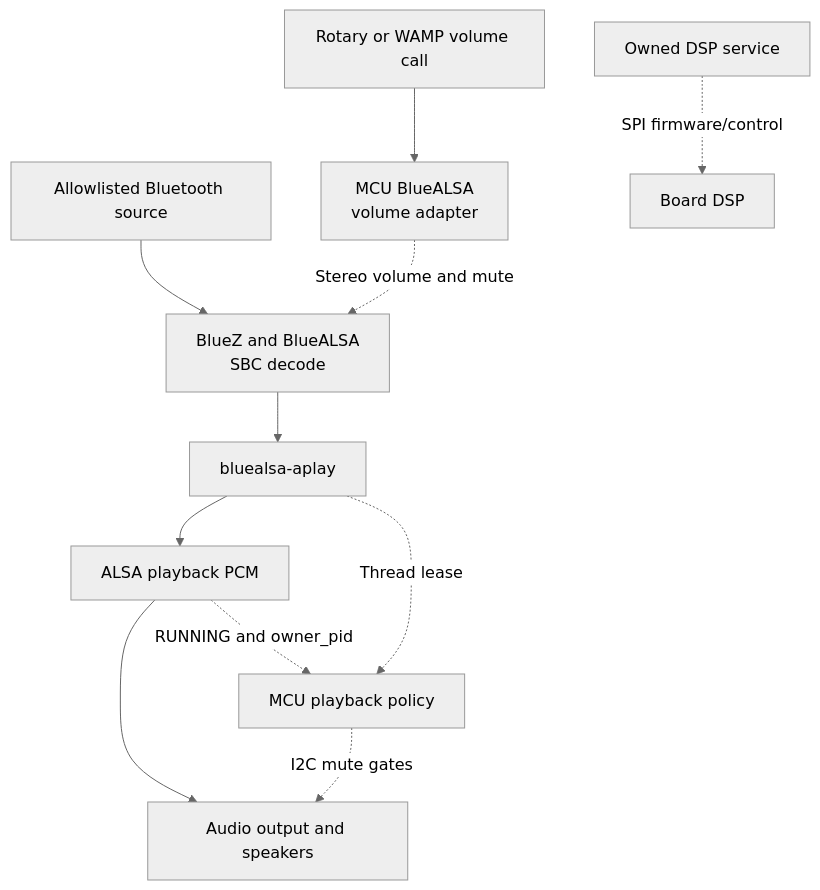
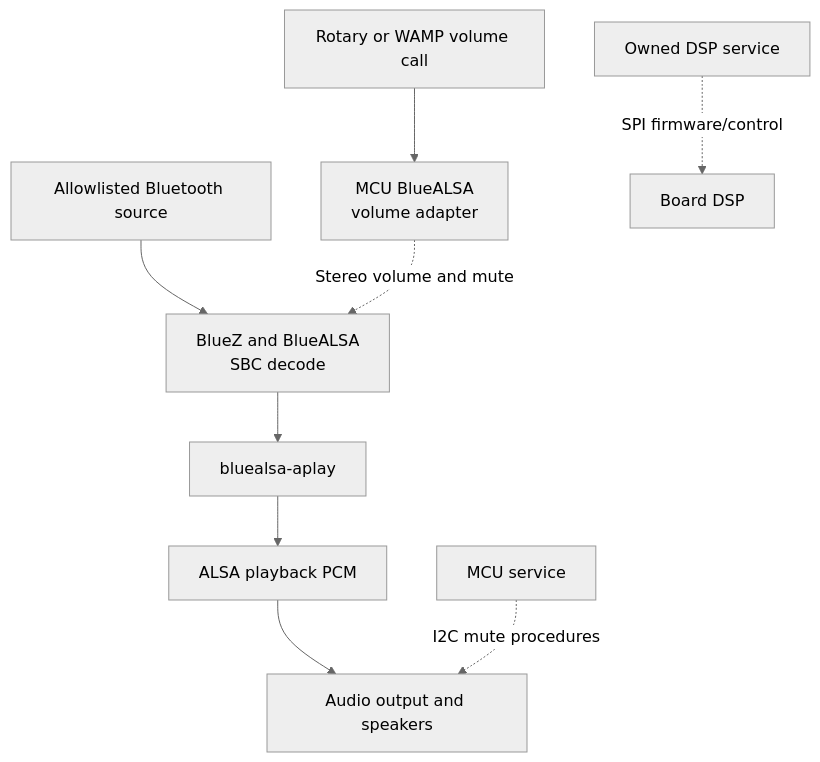
Before and after one commit to tku4tw2012/reInvoke: the diagram in docs/emulation/owned-speaker-control.md, drawn with Mermaid (neutral theme). The commit also changed other lines of this file and 15 other files, not shown here.

````diff
--- a/docs/emulation/owned-speaker-control.md
+++ b/docs/emulation/owned-speaker-control.md
@@ -42,13 +42,11 @@
 ```mermaid
 flowchart TB
   Peer["Allowlisted Bluetooth source"] --> Decode["BlueZ and BlueALSA<br/>SBC decode"]
   Decode --> Player["bluealsa-aplay"]
   Player --> PCM["ALSA playback PCM"]
   PCM --> Output["Audio output and speakers"]
-  Player -. "Thread lease" .-> Policy["MCU playback policy"]
-  PCM -. "RUNNING and owner_pid" .-> Policy
   Keys["Rotary or WAMP volume call"] --> Volume["MCU BlueALSA<br/>volume adapter"]
   Volume -. "Stereo volume and mute" .-> Decode
-  Policy -. "I2C mute gates" .-> Output
+  MCU["MCU service"] -. "I2C mute procedures" .-> Output
   DSP["Owned DSP service"] -. "SPI firmware/control" .-> BoardDSP["Board DSP"]
 ```
````
